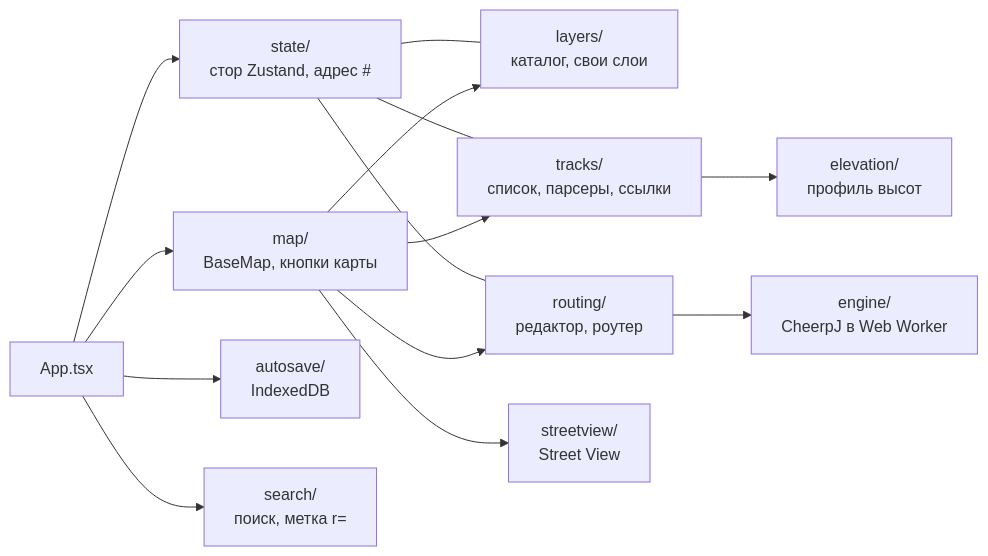
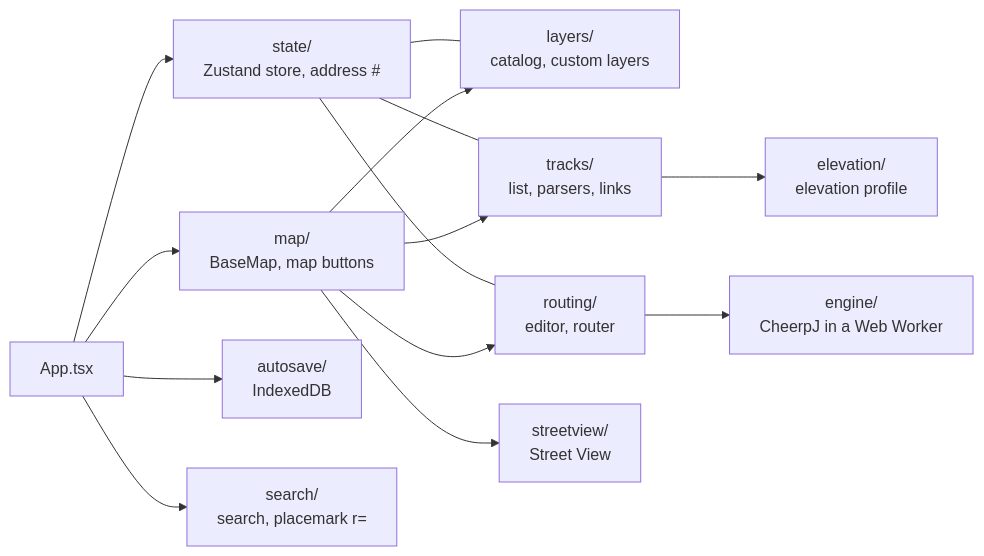
The first of 2 diagrams in docs/architecture/client.md (sergeycw/nakarte), drawn with Mermaid before and after one commit. The commit also changed other lines of this file and 11 other files, not shown here.

````diff
--- a/docs/architecture/client.md
+++ b/docs/architecture/client.md
@@ -11,28 +11,28 @@
 ```mermaid
 flowchart LR
     app["App.tsx"]
-    store["state/<br/>стор Zustand, адрес #"]
-    map["map/<br/>BaseMap, кнопки карты"]
-    layers["layers/<br/>каталог, свои слои"]
-    tracks["tracks/<br/>список, парсеры, ссылки"]
-    routing["routing/<br/>редактор, роутер"]
-    engine["engine/<br/>CheerpJ в Web Worker"]
+    store["state/<br/>Zustand store, address #"]
+    map["map/<br/>BaseMap, map buttons"]
+    layers["layers/<br/>catalog, custom layers"]
+    tracks["tracks/<br/>list, parsers, links"]
+    routing["routing/<br/>editor, router"]
+    engine["engine/<br/>CheerpJ in a Web Worker"]
     autosave["autosave/<br/>IndexedDB"]
-    elevation["elevation/<br/>профиль высот"]
-    search["search/<br/>поиск, метка r="]
+    elevation["elevation/<br/>elevation profile"]
+    search["search/<br/>search, placemark r="]
     streetview["streetview/<br/>Street View"]
 
     app --> store
     app --> map
     app --> autosave
     map --> layers
     map --> tracks
     map --> routing
     map --> streetview
     tracks --> elevation
     routing --> engine
     app --> search
     store --- tracks
     store --- routing
     store --- layers
 ```
````
